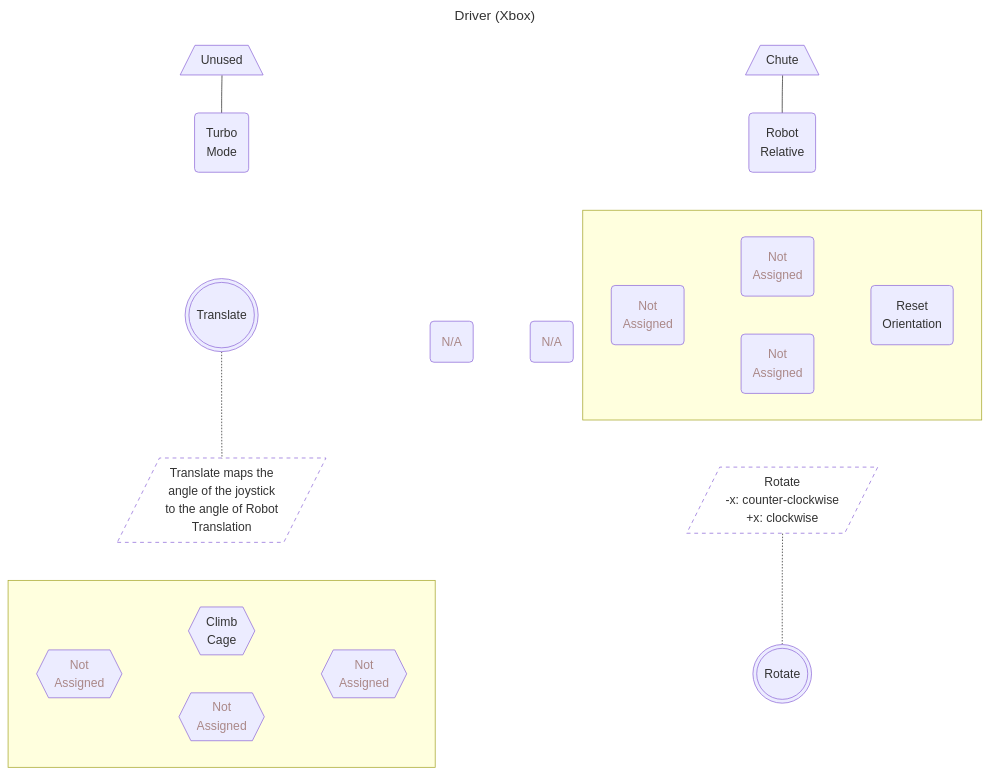
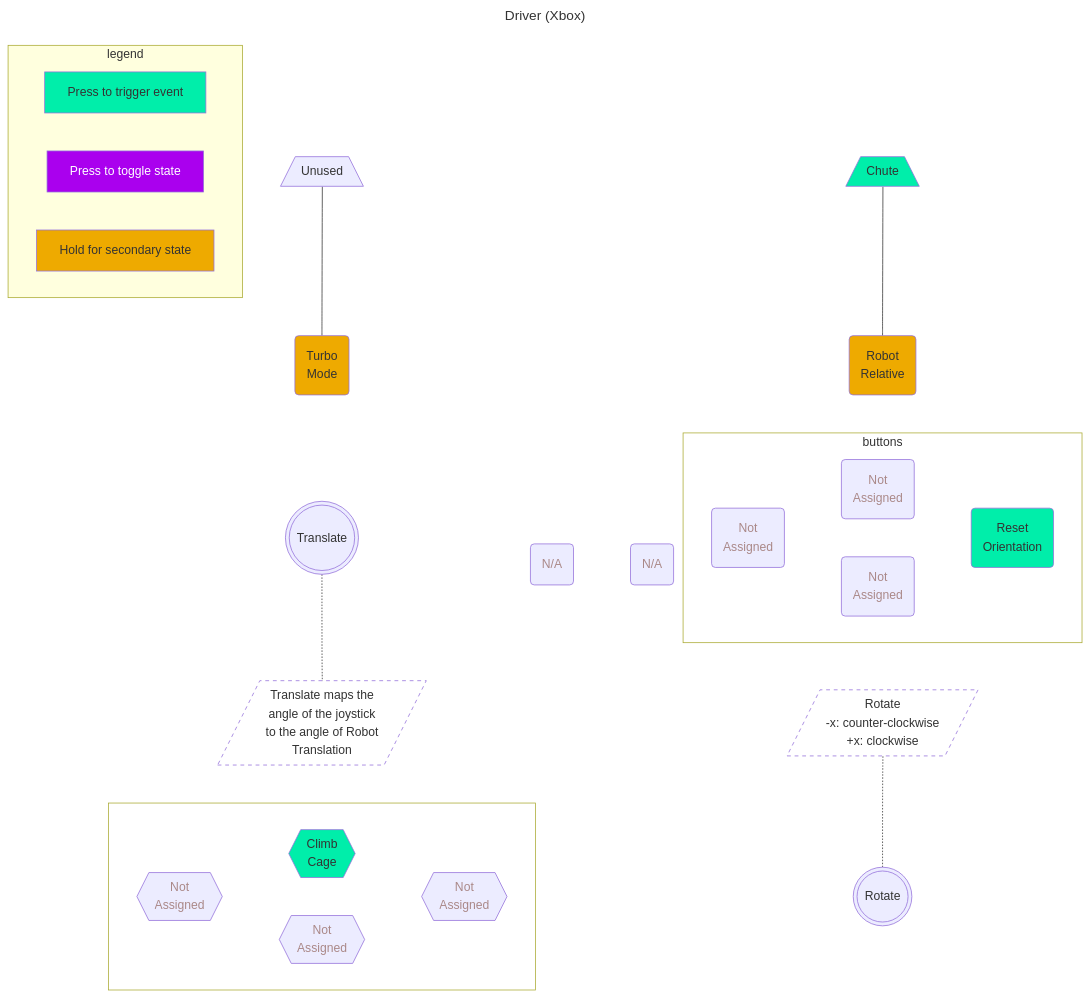
One commit to Raptacon/Robot-2025 changed the diagram in doc/controller_diagrams/driver_xbox_2025.mermaid. Above: the diagram before and after it, drawn with Mermaid. The commit also changed 1 other file, not shown here.

```diff
--- a/doc/controller_diagrams/driver_xbox_2025.mermaid
+++ b/doc/controller_diagrams/driver_xbox_2025.mermaid
@@ -1,70 +1,81 @@
 ---
 title: Driver (Xbox)
 ---
 graph TB
     LT[/Unused\]
     NullTrigger:::hidden
-    RT[/Chute\]
+    RT[/Chute\]:::clsPress
 
     LB("Turbo
-        Mode")
+        Mode"):::clsHold
     NullBumper:::hidden
     RB("Robot
-        Relative")
+        Relative"):::clsHold
 
     LJs(((Translate)))
     subgraph controls[ ]
         Start("N/A"):::na~~~Select("N/A"):::na
     end
     controls:::hidden
-    subgraph buttons[ ]
+    subgraph buttons
         x("Not 
             Assigned"):::na
         y("Not 
             Assigned"):::na
         a("Not 
             Assigned"):::na
         b("Reset 
-            Orientation")
+            Orientation"):::clsPress
 
         x~~~y~~~b
         x~~~a~~~b
     end
+    buttons:::nobg
     
 
     LNoteLayer[/"Translate maps the
                 angle of the joystick
                 to the angle of Robot
                 Translation"/]:::note
     MNoteLayer:::hidden
     RNoteLayer[/"Rotate
                 -x: counter-clockwise
                 +x: clockwise"/]:::note
 
     subgraph dpad[ ]
         dL{{"Not 
             Assigned"}}:::na
         dU{{"Climb
-            Cage"}}
+            Cage"}}:::clsPress
         dD{{"Not 
             Assigned"}}:::na
         dR{{"Not 
             Assigned"}}:::na
 
         dL~~~dU~~~dR
         %% dL---dR
     
         dL~~~dD~~~dR
     end
+    dpad:::nobg
     NullBottom:::hidden
     RJs(((Rotate)))
 
     LT---LB~~~LJs-.-LNoteLayer~~~dpad
     NullTrigger~~~NullBumper
         NullBumper~~~controls~~~MNoteLayer
         MNoteLayer~~~NullBottom
     RT---RB~~~buttons~~~RNoteLayer-.-RJs
 
+    subgraph legend
+        press["Press to trigger event"]:::clsPress
+        toggle["Press to toggle state"]:::clsToggle
+        hold["Hold for secondary state"]:::clsHold
+    end
 classDef hidden display: none;
 classDef na color: #a88
 classDef note fill: #0000, stroke-dasharray: 5 5
+classDef clsHold fill: #ea0
+classDef clsToggle fill: #a0e, color: white
+classDef clsPress fill: #0ea
+classDef nobg fill: transparent
```
